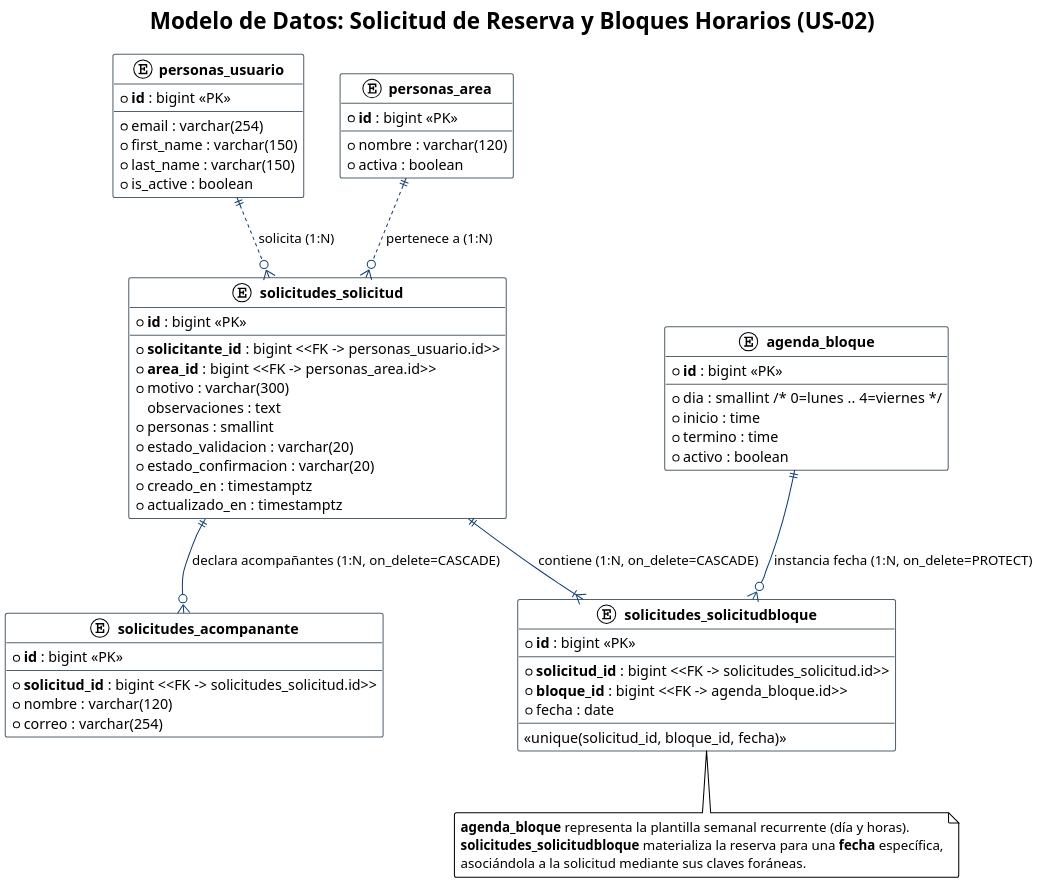
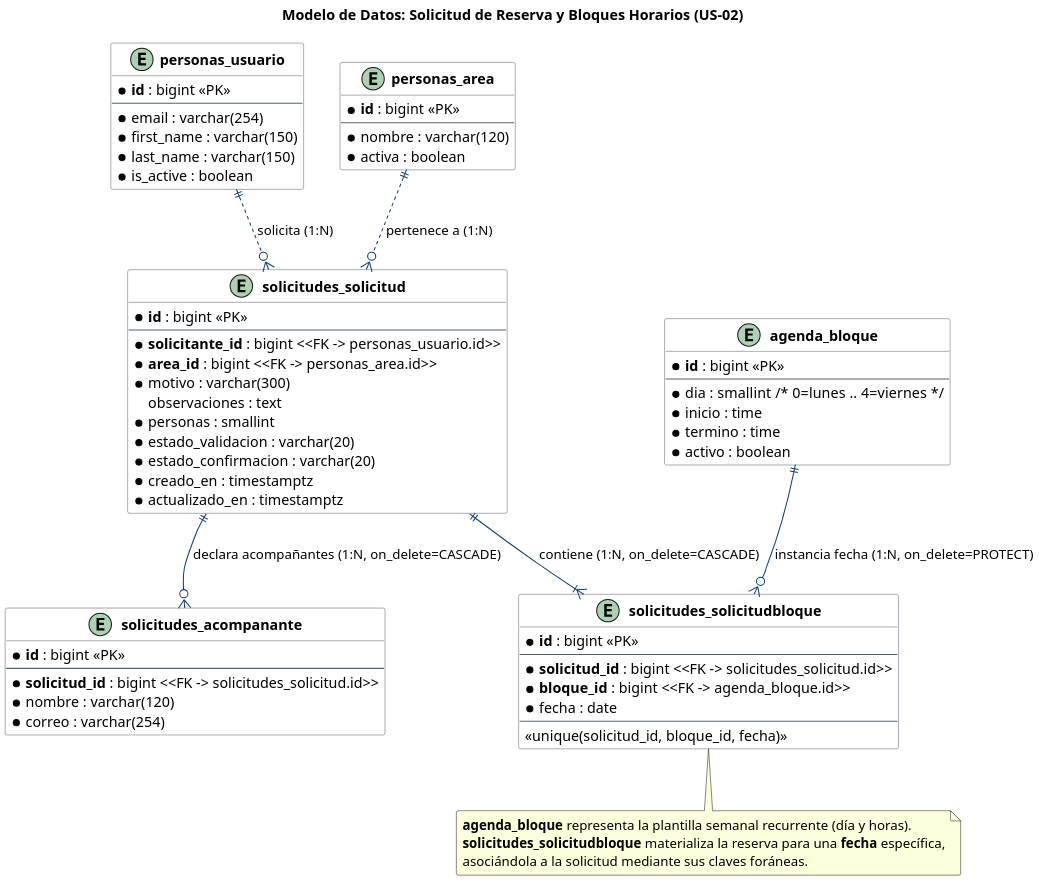
One commit to darkanthem21/oev-sala-grabacion changed the diagram in docs/diagramas/us-02/modelo-datos.puml. Above: the diagram before and after it, drawn with PlantUML. The commit also changed 4 other files, not shown here.

Commit message:
docs(solicitudes): agregar diagrama de secuencia y PNGs para US-02

```diff
--- a/docs/diagramas/us-02/modelo-datos.puml
+++ b/docs/diagramas/us-02/modelo-datos.puml
@@ -1,84 +1,83 @@
-@startuml modelo_datos_us02
-!theme plain
+@startuml modelo-datos
 skinparam dpi 200
 skinparam shadowing false
 skinparam roundcorner 4
 skinparam class {
     BackgroundColor #FFFFFF
     ArrowColor #123F6D
     BorderColor #52606D
 }
 
 title Modelo de Datos: Solicitud de Reserva y Bloques Horarios (US-02)
 
 entity "<b>personas_usuario</b>" as Usuario {
     * <b>id</b> : bigint <<PK>>
     --
     * email : varchar(254)
     * first_name : varchar(150)
     * last_name : varchar(150)
     * is_active : boolean
 }
 
 entity "<b>personas_area</b>" as Area {
     * <b>id</b> : bigint <<PK>>
     --
     * nombre : varchar(120)
     * activa : boolean
 }
 
 entity "<b>solicitudes_solicitud</b>" as Solicitud {
     * <b>id</b> : bigint <<PK>>
     --
     * <b>solicitante_id</b> : bigint <<FK -> personas_usuario.id>>
     * <b>area_id</b> : bigint <<FK -> personas_area.id>>
     * motivo : varchar(300)
     observaciones : text
     * personas : smallint
     * estado_validacion : varchar(20)
     * estado_confirmacion : varchar(20)
     * creado_en : timestamptz
     * actualizado_en : timestamptz
 }
 
 entity "<b>agenda_bloque</b>" as Bloque {
     * <b>id</b> : bigint <<PK>>
     --
     * dia : smallint  /* 0=lunes .. 4=viernes */
     * inicio : time
     * termino : time
     * activo : boolean
 }
 
 entity "<b>solicitudes_solicitudbloque</b>" as SolicitudBloque {
     * <b>id</b> : bigint <<PK>>
     --
     * <b>solicitud_id</b> : bigint <<FK -> solicitudes_solicitud.id>>
     * <b>bloque_id</b> : bigint <<FK -> agenda_bloque.id>>
     * fecha : date
     --
     <<unique(solicitud_id, bloque_id, fecha)>>
 }
 
 entity "<b>solicitudes_acompanante</b>" as Acompanante {
     * <b>id</b> : bigint <<PK>>
     --
     * <b>solicitud_id</b> : bigint <<FK -> solicitudes_solicitud.id>>
     * nombre : varchar(120)
     * correo : varchar(254)
 }
 
 ' Relaciones y claves foráneas referenciales
 Usuario ||..o{ Solicitud : "solicita (1:N)"
 Area ||..o{ Solicitud : "pertenece a (1:N)"
 Solicitud ||--|{ SolicitudBloque : "contiene (1:N, on_delete=CASCADE)"
 Bloque ||--o{ SolicitudBloque : "instancia fecha (1:N, on_delete=PROTECT)"
 Solicitud ||--o{ Acompanante : "declara acompañantes (1:N, on_delete=CASCADE)"
 
 note bottom of SolicitudBloque
   <b>agenda_bloque</b> representa la plantilla semanal recurrente (día y horas).
   <b>solicitudes_solicitudbloque</b> materializa la reserva para una <b>fecha</b> específica,
   asociándola a la solicitud mediante sus claves foráneas.
 end note
 
 @enduml
```
